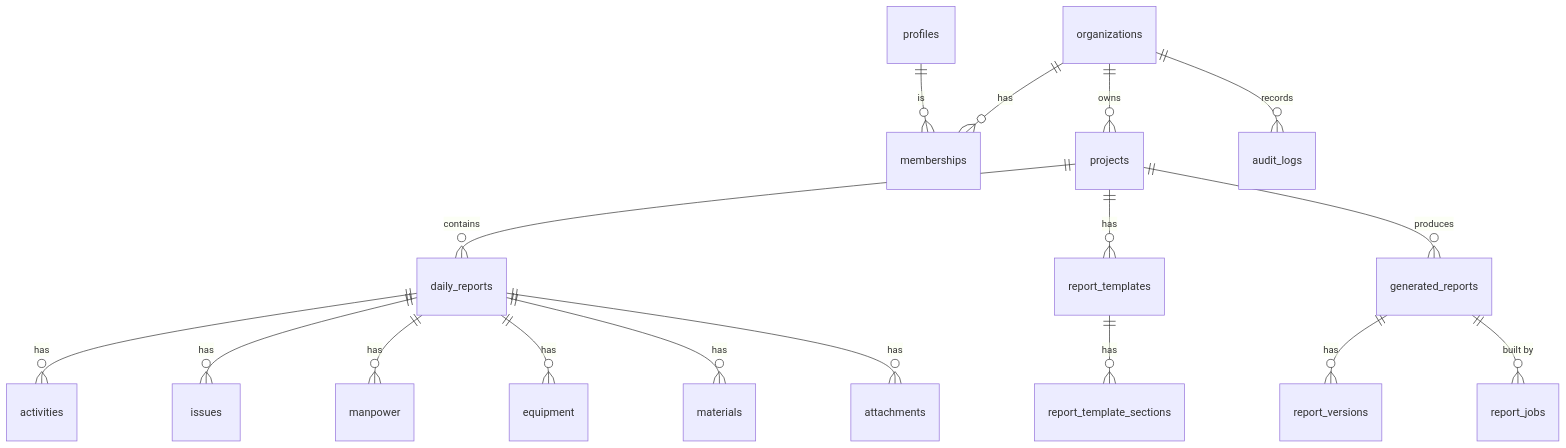
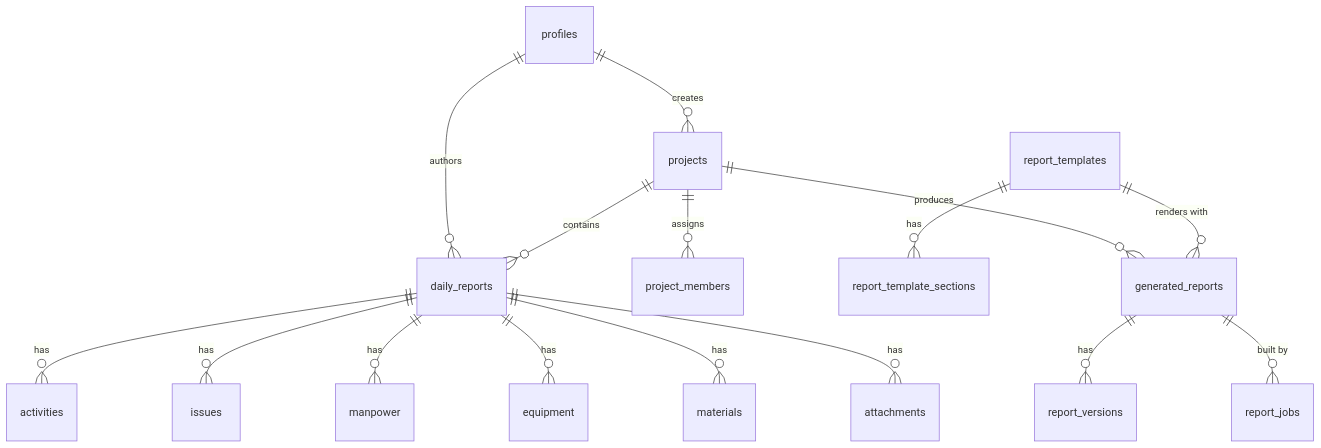
The second of 4 diagrams in REPORT_GENERATOR_PLAN.md (Shafiq-22/ReportGenerator), drawn with Mermaid before and after one commit. The commit also changed other lines of this file and 81 other files, not shown here.

First line of the commit message:
Build Report Generator app: schema, daily entry, and async PDF reports

````diff
--- a/REPORT_GENERATOR_PLAN.md
+++ b/REPORT_GENERATOR_PLAN.md
@@ -175,19 +178,18 @@
 ```mermaid
 erDiagram
-    organizations ||--o{ memberships : has
-    organizations ||--o{ projects : owns
-    profiles ||--o{ memberships : "is"
+    profiles ||--o{ projects : creates
+    profiles ||--o{ daily_reports : authors
+    projects ||--o{ project_members : "assigns"
     projects ||--o{ daily_reports : contains
     daily_reports ||--o{ activities : has
     daily_reports ||--o{ issues : has
     daily_reports ||--o{ manpower : has
     daily_reports ||--o{ equipment : has
     daily_reports ||--o{ materials : has
     daily_reports ||--o{ attachments : has
-    projects ||--o{ report_templates : has
     report_templates ||--o{ report_template_sections : has
     projects ||--o{ generated_reports : produces
+    report_templates ||--o{ generated_reports : "renders with"
     generated_reports ||--o{ report_versions : has
     generated_reports ||--o{ report_jobs : "built by"
-    organizations ||--o{ audit_logs : records
 ```
````
